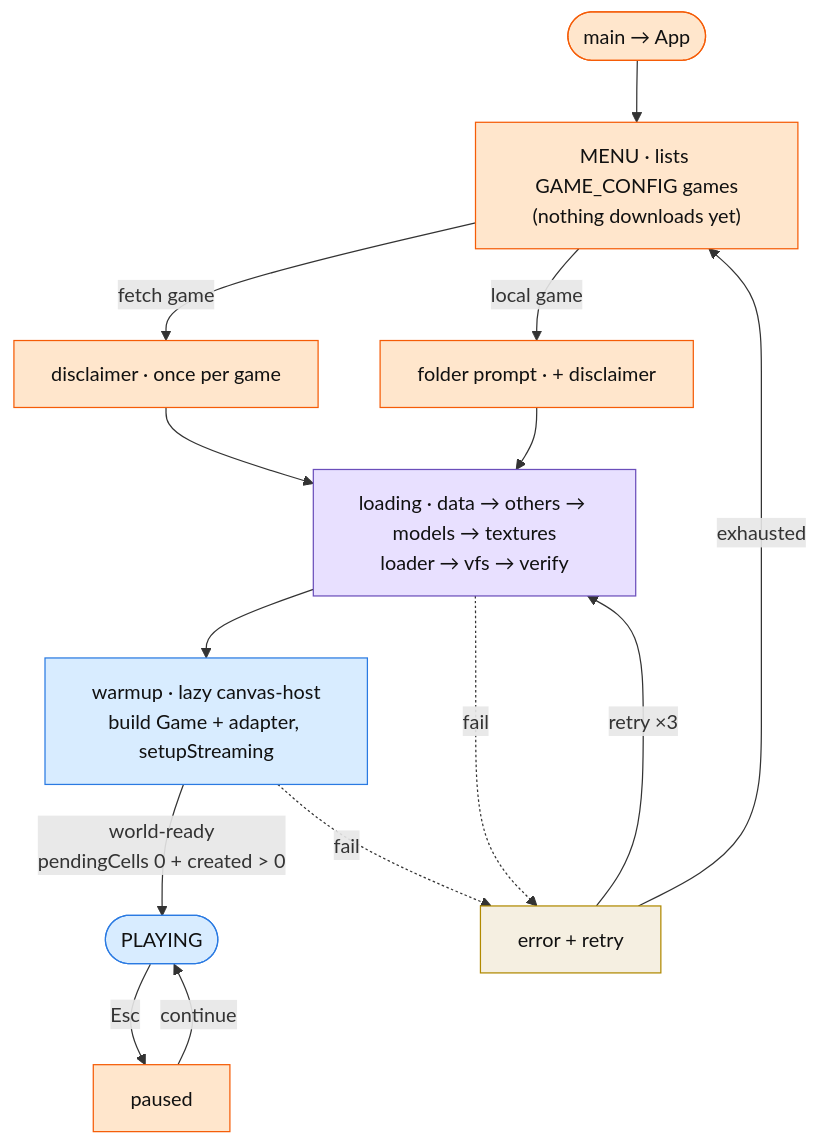
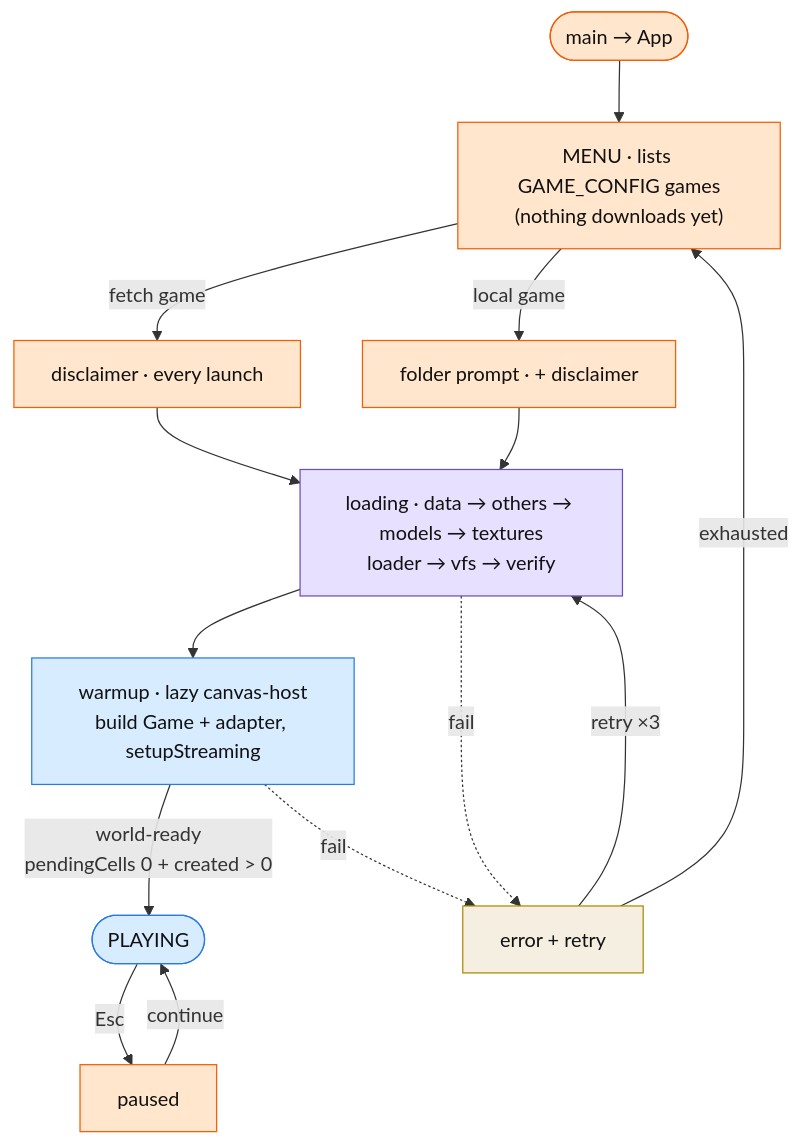
The second of 2 diagrams in docs/architecture/boot-and-loading.md (sexorcist00/opensa), drawn with Mermaid before and after one commit. The commit also changed 12 other files, not shown here.

First line of the commit message:
feat(web): show the pre-launch notice every launch, not once per browser

````diff
--- a/docs/architecture/boot-and-loading.md
+++ b/docs/architecture/boot-and-loading.md
@@ -112,22 +112,22 @@
 ```mermaid
 %%| boot-flow
 flowchart TB
   a([main → App]):::ui --> m["MENU · lists GAME_CONFIG games<br/>(nothing downloads yet)"]:::ui
-  m -->|fetch game| d["disclaimer · once per game"]:::ui
+  m -->|fetch game| d["disclaimer · every launch"]:::ui
   m -->|local game| f["folder prompt · + disclaimer"]:::ui
   d --> l["loading · data → others → models → textures<br/>loader → vfs → verify"]:::infra
   f --> l
   l --> w["warmup · lazy canvas-host<br/>build Game + adapter, setupStreaming"]:::engine
   w -->|world-ready<br/>pendingCells 0 + created &gt; 0| p([PLAYING]):::engine
   p -->|Esc| pa["paused"]:::ui
   pa -->|continue| p
   l -. fail .-> e["error + retry"]:::data
   w -. fail .-> e
   e -->|retry ×3| l
   e -->|exhausted| m
 
   classDef ui fill:#ffe6cc,stroke:#f55c07,color:#111
   classDef infra fill:#e8e0ff,stroke:#6b4fbb,color:#111
   classDef engine fill:#d8ecff,stroke:#2a7ae2,color:#111
   classDef data fill:#f5efe1,stroke:#b08900,color:#111
 ```
````
